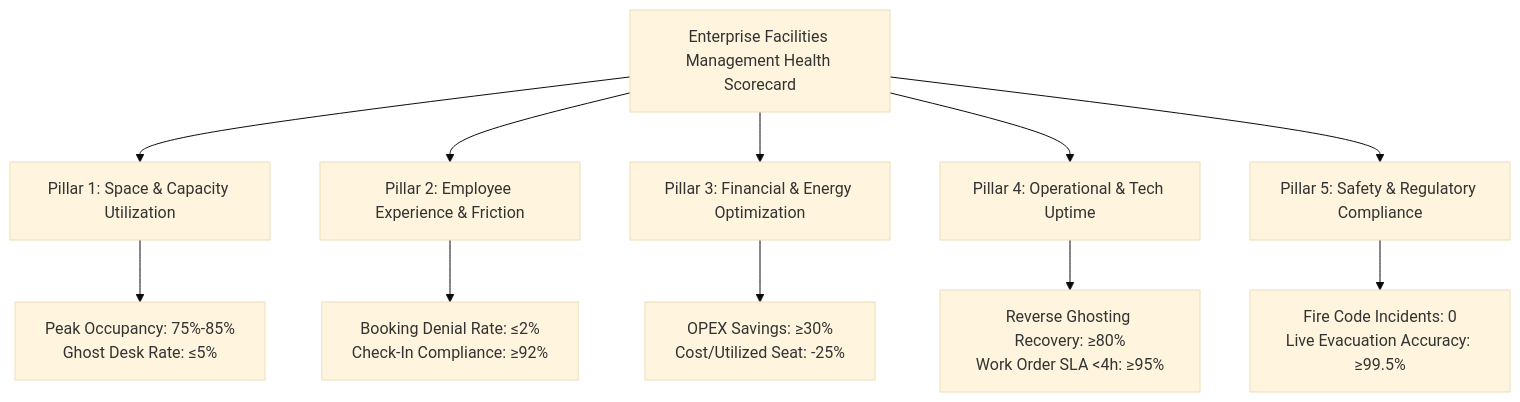
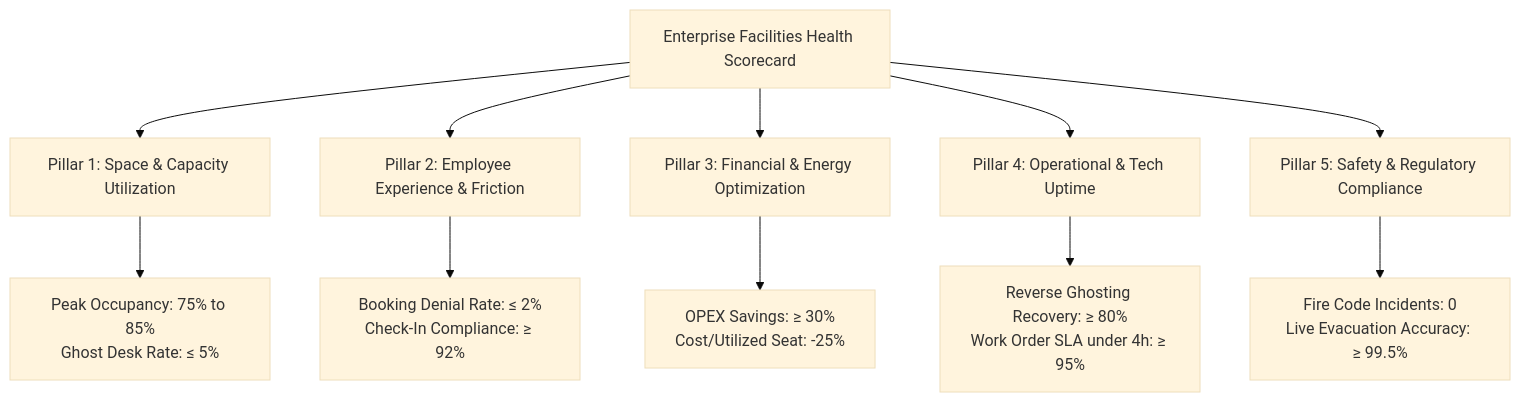
The second of 2 diagrams in docs/CASE_STUDY.md (Ankurchoudhary75/workinsync-tam-capacity-planner), drawn with Mermaid (base theme) before and after one commit. The commit also changed other lines of this file and 1 other file, not shown here.

Commit message:
fix(mermaid): quote all node labels and subgraph titles to fix GitHub render parse error

````diff
--- a/docs/CASE_STUDY.md
+++ b/docs/CASE_STUDY.md
@@ -77,15 +77,15 @@
 ```mermaid
 graph TD
-    FM[Enterprise Facilities Management Health Scorecard]
-    FM --> P1[Pillar 1: Space & Capacity Utilization]
-    FM --> P2[Pillar 2: Employee Experience & Friction]
-    FM --> P3[Pillar 3: Financial & Energy Optimization]
-    FM --> P4[Pillar 4: Operational & Tech Uptime]
-    FM --> P5[Pillar 5: Safety & Regulatory Compliance]
+    FM["Enterprise Facilities Health Scorecard"]
+    FM --> P1["Pillar 1: Space & Capacity Utilization"]
+    FM --> P2["Pillar 2: Employee Experience & Friction"]
+    FM --> P3["Pillar 3: Financial & Energy Optimization"]
+    FM --> P4["Pillar 4: Operational & Tech Uptime"]
+    FM --> P5["Pillar 5: Safety & Regulatory Compliance"]
 
-    P1 --> K1[Peak Occupancy: 75%-85%<br>Ghost Desk Rate: ≤5%]
-    P2 --> K2[Booking Denial Rate: ≤2%<br>Check-In Compliance: ≥92%]
-    P3 --> K3[OPEX Savings: ≥30%<br>Cost/Utilized Seat: -25%]
-    P4 --> K4[Reverse Ghosting Recovery: ≥80%<br>Work Order SLA <4h: ≥95%]
-    P5 --> K5[Fire Code Incidents: 0<br>Live Evacuation Accuracy: ≥99.5%]
+    P1 --> K1["Peak Occupancy: 75% to 85%<br>Ghost Desk Rate: &le; 5%"]
+    P2 --> K2["Booking Denial Rate: &le; 2%<br>Check-In Compliance: &ge; 92%"]
+    P3 --> K3["OPEX Savings: &ge; 30%<br>Cost/Utilized Seat: -25%"]
+    P4 --> K4["Reverse Ghosting Recovery: &ge; 80%<br>Work Order SLA under 4h: &ge; 95%"]
+    P5 --> K5["Fire Code Incidents: 0<br>Live Evacuation Accuracy: &ge; 99.5%"]
 ```
````
